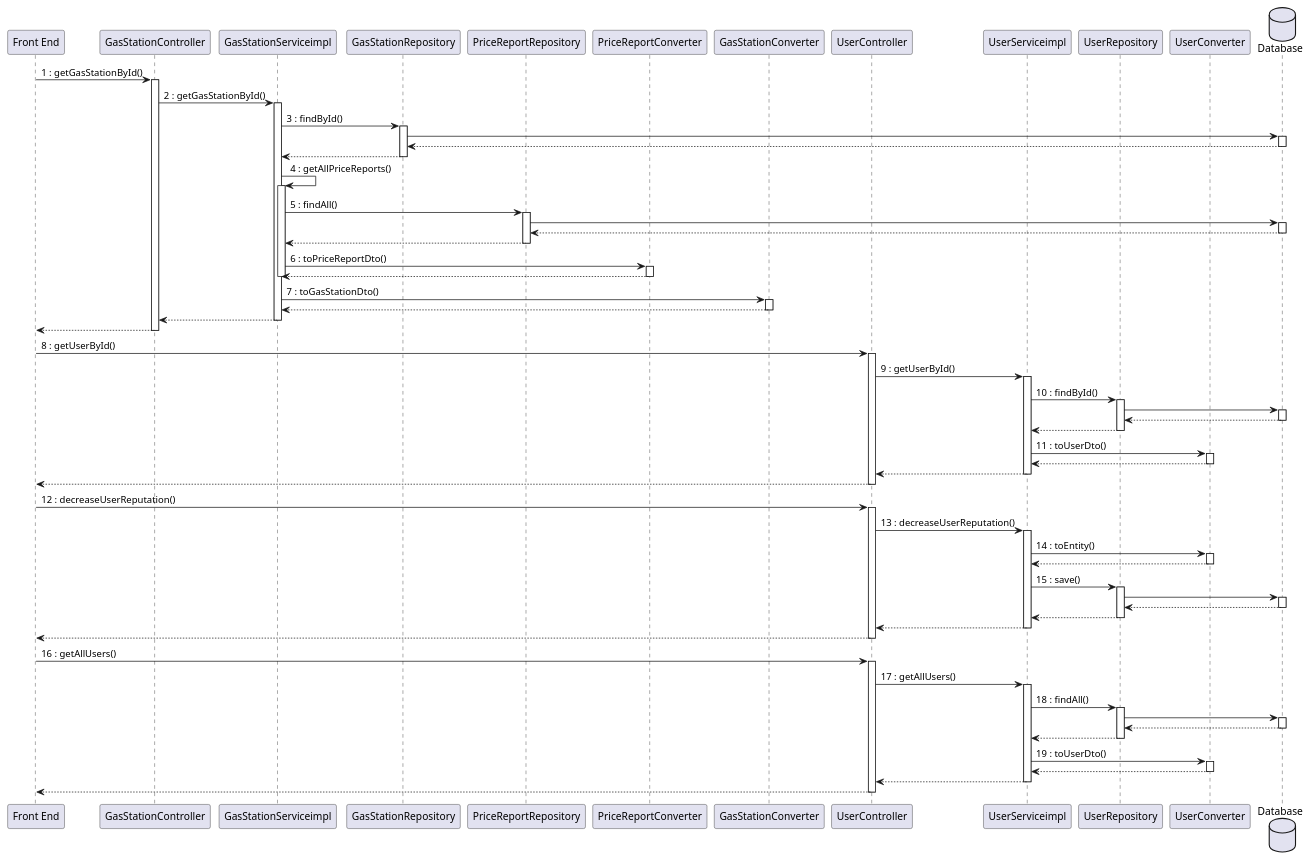
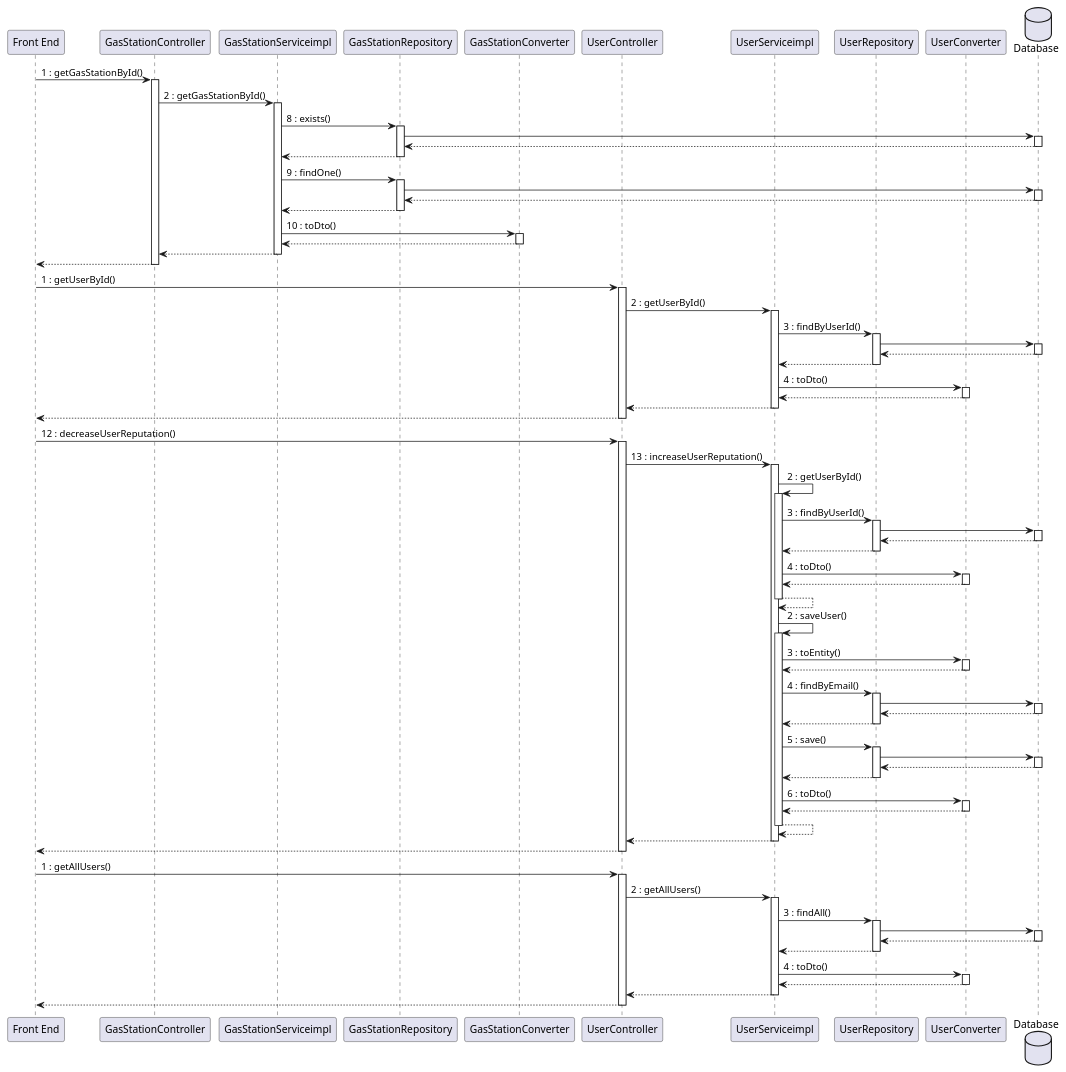
Before and after one commit to mosTavassoli/ezgas: diagram 15 of 15 in docs/DesignDocument.md, drawn with PlantUML.

Commit message:
docs(DesignDocument): edit sequence diagram use case 10.2

```diff
--- a/docs/DesignDocument.md
+++ b/docs/DesignDocument.md
@@ -1013,74 +1013,97 @@
 "Front End" -> GasStationController:1 : getGasStationById()
 activate GasStationController
 GasStationController -> GasStationServiceimpl:2 : getGasStationById()
+
 activate GasStationServiceimpl
-GasStationServiceimpl -> GasStationRepository:3 : findById()
+GasStationServiceimpl -> GasStationRepository:8 : exists()
 activate GasStationRepository
 GasStationRepository -> Database
 activate Database
 return
 return
-GasStationServiceimpl -> GasStationServiceimpl:4 : getAllPriceReports()
-activate GasStationServiceimpl
-GasStationServiceimpl -> PriceReportRepository:5 : findAll()
-activate PriceReportRepository
-PriceReportRepository -> Database
+GasStationServiceimpl -> GasStationRepository:9 : findOne()
+activate GasStationRepository
+GasStationRepository -> Database
 activate Database
 return
 return
-GasStationServiceimpl -> PriceReportConverter:6 : toPriceReportDto()
-activate PriceReportConverter
-return
-deactivate GasStationServiceimpl
-GasStationServiceimpl -> GasStationConverter:7 : toGasStationDto()
+GasStationServiceimpl -> GasStationConverter:10 : toDto()
 activate GasStationConverter
 return
 return
 return
 
-"Front End" -> UserController:8 : getUserById()
+
+"Front End" -> UserController:1 : getUserById()
 activate UserController
-UserController -> UserServiceimpl:9 : getUserById()
+UserController -> UserServiceimpl:2 : getUserById()
 activate UserServiceimpl
-UserServiceimpl -> UserRepository:10 : findById()
+UserServiceimpl -> UserRepository:3 : findByUserId()
 activate UserRepository
 UserRepository -> Database
 activate Database
 return
 return
-UserServiceimpl -> UserConverter:11 : toUserDto()
+UserServiceimpl -> UserConverter:4 : toDto()
 activate UserConverter
 return
 return
 return
 
+
 "Front End" -> UserController:12 : decreaseUserReputation()
 activate UserController
-UserController -> UserServiceimpl:13 : decreaseUserReputation()
+UserController -> UserServiceimpl:13 : increaseUserReputation()
 activate UserServiceimpl
-UserServiceimpl -> UserConverter:14 : toEntity()
-activate UserConverter
-return
-UserServiceimpl -> UserRepository:15 : save()
+UserServiceimpl -> UserServiceimpl:2 : getUserById()
+activate UserServiceimpl
+UserServiceimpl -> UserRepository:3 : findByUserId()
 activate UserRepository
 UserRepository -> Database
 activate Database
 return
 return
+UserServiceimpl -> UserConverter:4 : toDto()
+activate UserConverter
 return
 return
 
-"Front End" -> UserController:16 : getAllUsers()
-activate UserController
-UserController -> UserServiceimpl:17 : getAllUsers()
+UserServiceimpl -> UserServiceimpl:2 : saveUser()
 activate UserServiceimpl
-UserServiceimpl -> UserRepository:18 : findAll()
+UserServiceimpl -> UserConverter:3 : toEntity()
+activate UserConverter
+return
+UserServiceimpl -> UserRepository:4 : findByEmail()
+activate UserRepository
+UserRepository -> Database:
+activate Database
+return
+return
+UserServiceimpl -> UserRepository:5 : save()
 activate UserRepository
 UserRepository -> Database
 activate Database
 return
 return
-UserServiceimpl -> UserConverter:19 : toUserDto()
+UserServiceimpl -> UserConverter:6 : toDto()
+activate UserConverter
+return
+return
+
+return
+return
+
+"Front End" -> UserController:1 : getAllUsers()
+activate UserController
+UserController -> UserServiceimpl:2 : getAllUsers()
+activate UserServiceimpl
+UserServiceimpl -> UserRepository:3 : findAll()
+activate UserRepository
+UserRepository -> Database
+activate Database
+return
+return
+UserServiceimpl -> UserConverter:4 : toDto()
 activate UserConverter
 return
 return
```
